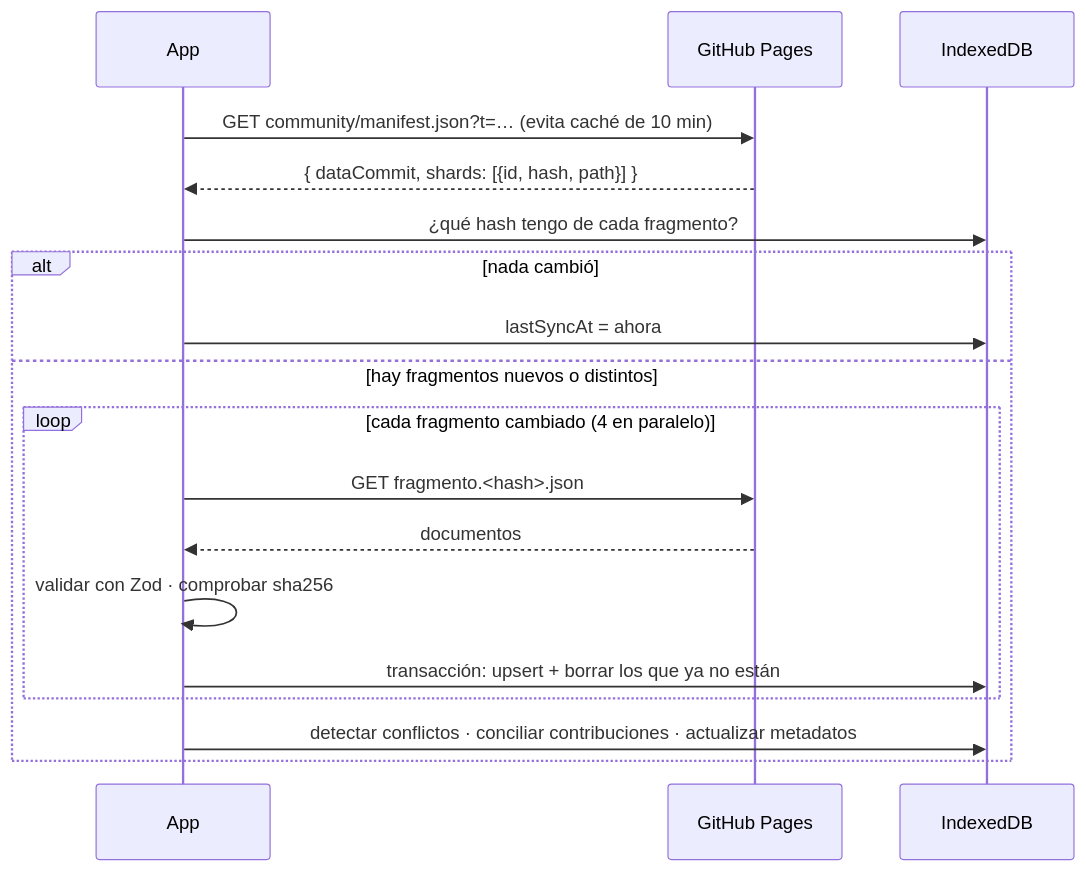
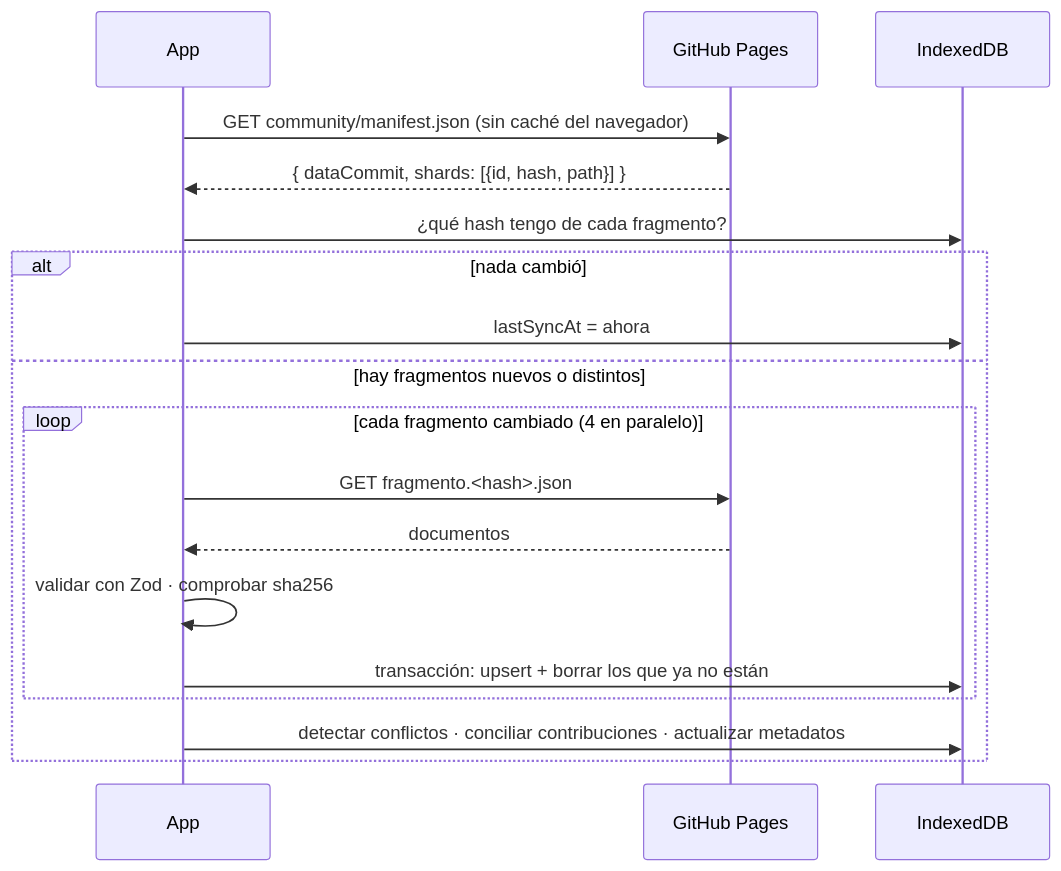
The second of 4 diagrams in docs/ARCHITECTURE.md (Tomasito25/QB-Bachillerato-Internacional), drawn with Mermaid before and after one commit. The commit also changed other lines of this file and 73 other files, not shown here.

````diff
--- a/docs/ARCHITECTURE.md
+++ b/docs/ARCHITECTURE.md
@@ -151,20 +151,20 @@
 ```mermaid
 sequenceDiagram
   participant App
   participant Pages as GitHub Pages
   participant DB as IndexedDB
-  App->>Pages: GET community/manifest.json?t=… (evita caché de 10 min)
+  App->>Pages: GET community/manifest.json (sin caché del navegador)
   Pages-->>App: { dataCommit, shards: [{id, hash, path}] }
   App->>DB: ¿qué hash tengo de cada fragmento?
   alt nada cambió
     App->>DB: lastSyncAt = ahora
   else hay fragmentos nuevos o distintos
     loop cada fragmento cambiado (4 en paralelo)
       App->>Pages: GET fragmento.<hash>.json
       Pages-->>App: documentos
       App->>App: validar con Zod · comprobar sha256
       App->>DB: transacción: upsert + borrar los que ya no están
     end
     App->>DB: detectar conflictos · conciliar contribuciones · actualizar metadatos
   end
 ```
````
